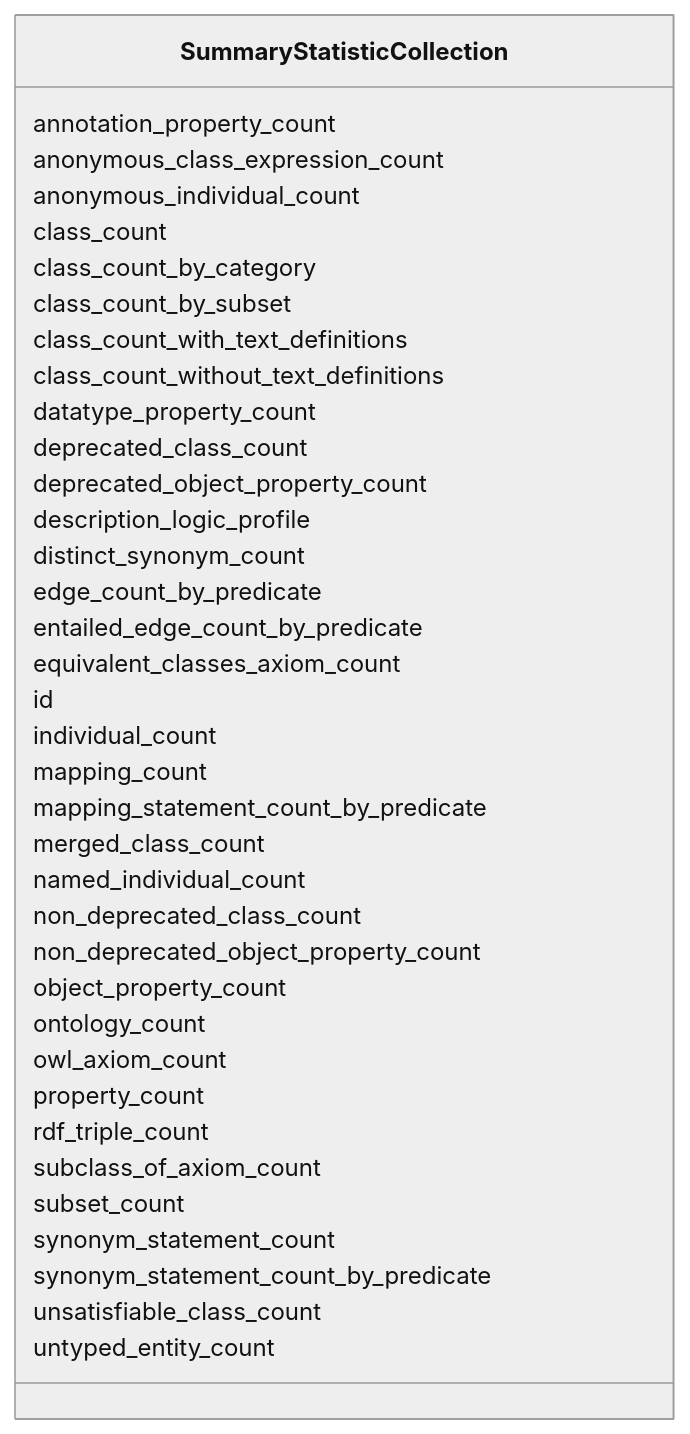
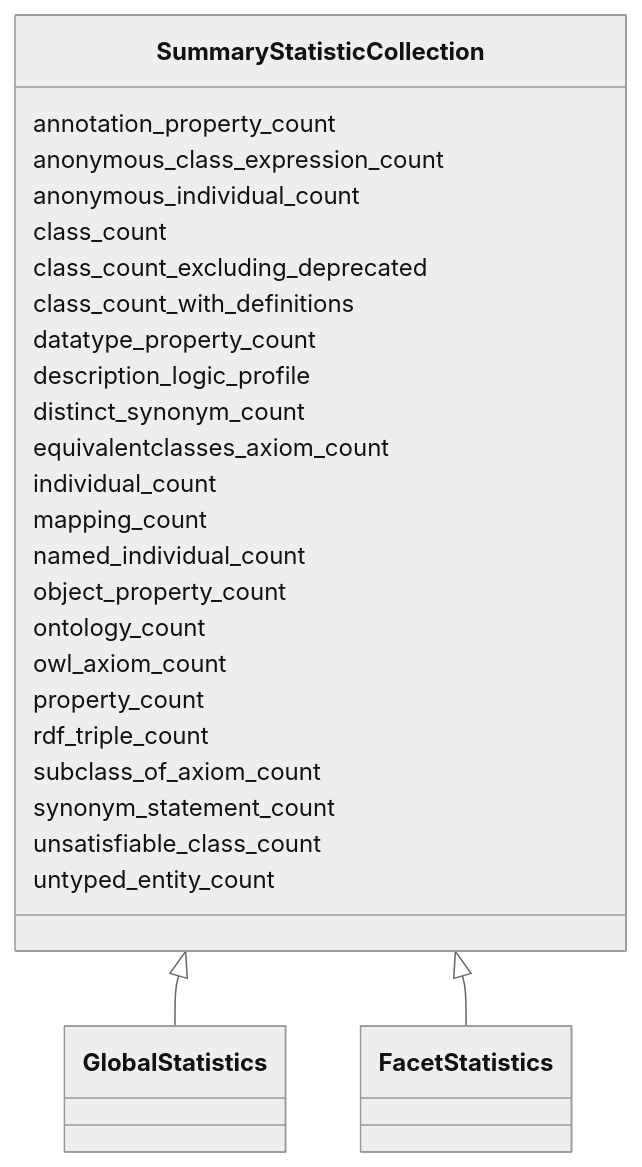
The diagram in summary-statistics/SummaryStatisticCollection.md (INCATools/ontology-access-kit), drawn with Mermaid (neutral theme) before and after one commit. The commit also changed other lines of this file and 300 other files, not shown here.

````diff
--- a/summary-statistics/SummaryStatisticCollection.md
+++ b/summary-statistics/SummaryStatisticCollection.md
@@ -10,40 +13,29 @@
 ```{mermaid}
  classDiagram
-    class SummaryStatisticCollection
+      SummaryStatisticCollection <|-- GlobalStatistics
+      SummaryStatisticCollection <|-- FacetStatistics
+      
       SummaryStatisticCollection : annotation_property_count
       SummaryStatisticCollection : anonymous_class_expression_count
       SummaryStatisticCollection : anonymous_individual_count
       SummaryStatisticCollection : class_count
-      SummaryStatisticCollection : class_count_by_category
-      SummaryStatisticCollection : class_count_by_subset
-      SummaryStatisticCollection : class_count_with_text_definitions
-      SummaryStatisticCollection : class_count_without_text_definitions
+      SummaryStatisticCollection : class_count_excluding_deprecated
+      SummaryStatisticCollection : class_count_with_definitions
       SummaryStatisticCollection : datatype_property_count
-      SummaryStatisticCollection : deprecated_class_count
-      SummaryStatisticCollection : deprecated_object_property_count
       SummaryStatisticCollection : description_logic_profile
       SummaryStatisticCollection : distinct_synonym_count
-      SummaryStatisticCollection : edge_count_by_predicate
-      SummaryStatisticCollection : entailed_edge_count_by_predicate
-      SummaryStatisticCollection : equivalent_classes_axiom_count
-      SummaryStatisticCollection : id
+      SummaryStatisticCollection : equivalentclasses_axiom_count
       SummaryStatisticCollection : individual_count
       SummaryStatisticCollection : mapping_count
-      SummaryStatisticCollection : mapping_statement_count_by_predicate
-      SummaryStatisticCollection : merged_class_count
       SummaryStatisticCollection : named_individual_count
-      SummaryStatisticCollection : non_deprecated_class_count
-      SummaryStatisticCollection : non_deprecated_object_property_count
       SummaryStatisticCollection : object_property_count
       SummaryStatisticCollection : ontology_count
       SummaryStatisticCollection : owl_axiom_count
       SummaryStatisticCollection : property_count
       SummaryStatisticCollection : rdf_triple_count
       SummaryStatisticCollection : subclass_of_axiom_count
-      SummaryStatisticCollection : subset_count
       SummaryStatisticCollection : synonym_statement_count
-      SummaryStatisticCollection : synonym_statement_count_by_predicate
       SummaryStatisticCollection : unsatisfiable_class_count
       SummaryStatisticCollection : untyped_entity_count
       
 ```
````
